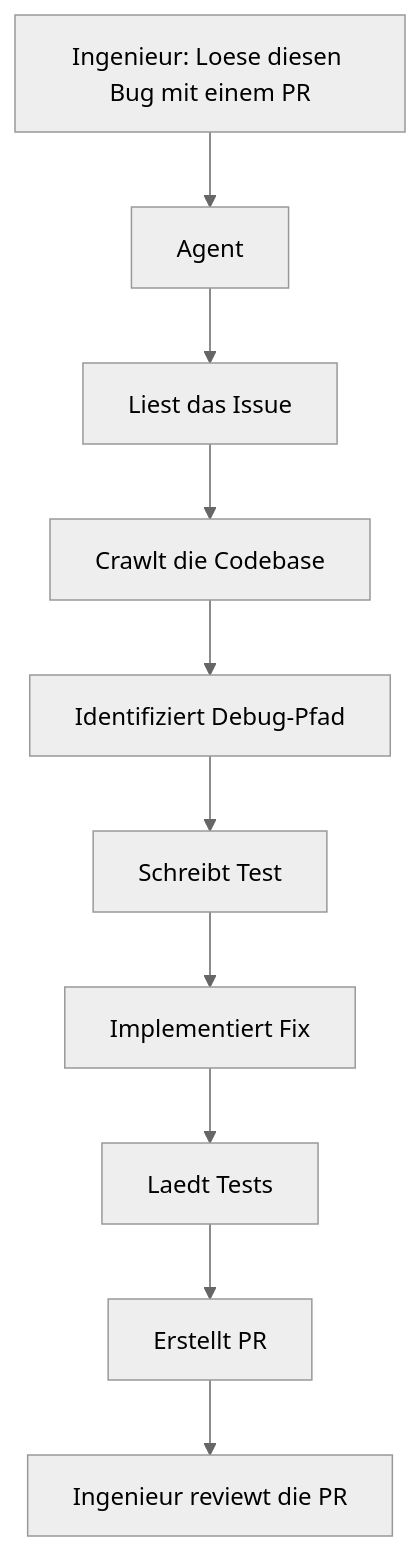
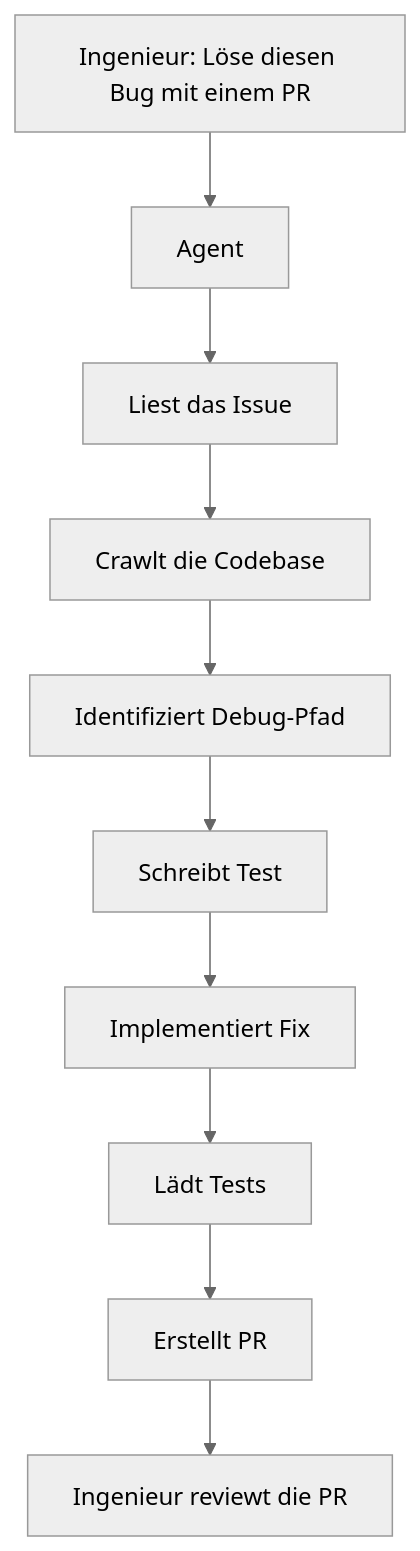
One commit to soenkelange/ai-lab-3-agentic-programming changed the second of 5 diagrams in 01-agentic-foundations/model-vs-agent.md. Above: the diagram before and after it, drawn with Mermaid (neutral theme). The commit also changed other lines of this file and 31 other files, not shown here.

````diff
--- a/01-agentic-foundations/model-vs-agent.md
+++ b/01-agentic-foundations/model-vs-agent.md
@@ -35,12 +35,12 @@
 ```mermaid
 flowchart TD
-    A[Ingenieur: Loese diesen Bug mit einem PR] --> B[Agent]
+    A[Ingenieur: Löse diesen Bug mit einem PR] --> B[Agent]
     B --> C[Liest das Issue]
     C --> D[Crawlt die Codebase]
     D --> E[Identifiziert Debug-Pfad]
     E --> F[Schreibt Test]
     F --> G[Implementiert Fix]
-    G --> H[Laedt Tests]
+    G --> H[Lädt Tests]
     H --> I[Erstellt PR]
     I --> J[Ingenieur reviewt die PR]
 ```
````
